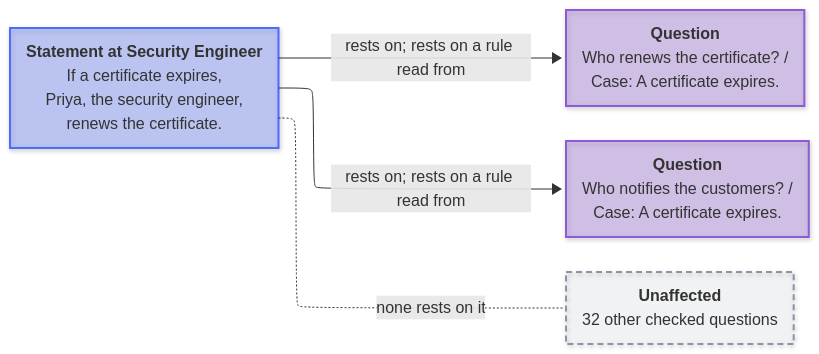
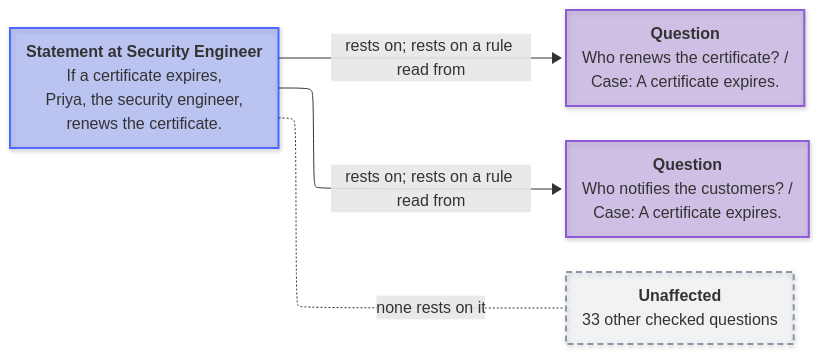
Before and after one commit to mirzahusadzic/tendora: the fourth of 5 diagrams in docs/demo.md, drawn with Mermaid. The commit also changed other lines of this file and 22 other files, not shown here.

````diff
--- a/docs/demo.md
+++ b/docs/demo.md
@@ -301,55 +301,55 @@
 ```mermaid
 ---
 config:
     layout: elk
     look: neo
     themeVariables:
         fontFamily: '-apple-system, BlinkMacSystemFont, "Segoe UI", "Noto Sans", Helvetica, Arial, sans-serif'
     flowchart:
         wrappingWidth: 240
         padding: 20
     themeCSS: >-
         foreignObject { overflow: visible; }
         .node foreignObject, .node foreignObject *, .edgeLabel, .edgeLabel * {
         font-family: -apple-system, BlinkMacSystemFont, "Segoe UI", "Noto Sans", Helvetica, Arial, sans-serif !important; line-height: 1.5 !important; }
         .node foreignObject, .node foreignObject * { white-space: nowrap !important; }
         .edgeLabel, .edgeLabel p, .edgeLabel span {
         background: transparent !important; }
         .edgeLabel rect { fill: transparent !important; }
         .labelBkg { --knock: var(--vscode-editor-background,
         var(--bgColor-default, rgb(from currentColor
         clamp(30, (128 - r) * 100, 255) clamp(30, (128 - r) * 100, 255)
         clamp(30, (128 - r) * 100, 255)))); --ring: var(--knock);
         --fill: color-mix(in srgb, var(--ring) 30%, var(--knock));
         background: var(--fill) !important; border-radius: 4px;
         box-shadow: 0 0 0 5px var(--fill), 0 0 0 7px var(--ring); }
         .label[data-id^="L_S_U"] .labelBkg { --ring: #8e5bd6; }
         .label[data-id^="L_S_N"] .labelBkg { --ring: #8a96a8; }
         .edgeLabel p, .edgeLabel span, .edgeLabel text {
         --halo: var(--fill, var(--vscode-editor-background,
         var(--bgColor-default,
         rgb(from currentColor clamp(0, (128 - r) * 100, 255)
         clamp(0, (128 - r) * 100, 255) clamp(0, (128 - r) * 100, 255)))));
         text-shadow: 1px 0 var(--halo), -1px 0 var(--halo),
         0 1px var(--halo), 0 -1px var(--halo), 1px 1px var(--halo),
         -1px -1px var(--halo), 1px -1px var(--halo), -1px 1px var(--halo),
         0 0 3px var(--halo), 0 0 4px var(--halo); }
 ---
 flowchart LR
     S["<b>Statement at Security Engineer</b><br/>If a certificate expires,<br/>Priya, the security engineer,<br/>renews the certificate."]
     U0["<b>Question</b><br/>Who renews the certificate? /<br/>Case: A certificate expires."]
     U1["<b>Question</b><br/>Who notifies the customers? /<br/>Case: A certificate expires."]
-    N["<b>Unaffected</b><br/>32 other checked questions"]
+    N["<b>Unaffected</b><br/>33 other checked questions"]
 
     S -->|"rests on; rests on a rule read from"| U0
     S -->|"rests on; rests on a rule read from"| U1
     S -.-|"none rests on it"| N
     class S kept
     class U0,U1 person
     class N open
     classDef default fill:#8a96a82e,stroke:#8a96a8,stroke-width:1px
     classDef person fill:#8e5bd64d,stroke:#8e5bd6,stroke-width:2px
     classDef kept fill:#4d6bfe4d,stroke:#4d6bfe,stroke-width:2px
     classDef engine fill:#2e9e5b4d,stroke:#2e9e5b,stroke-width:2px
     classDef open fill:#8a96a814,stroke:#8a96a8,stroke-width:2px,stroke-dasharray:6 4
 ```
````
